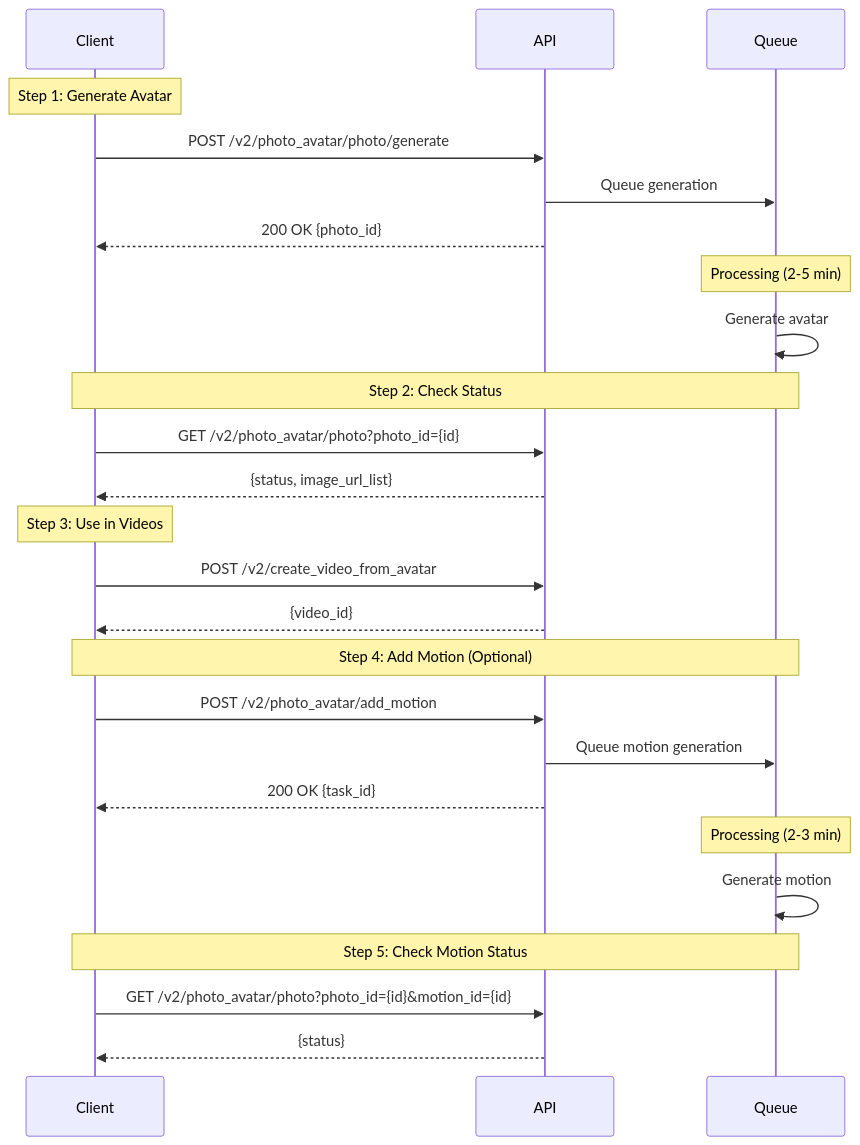
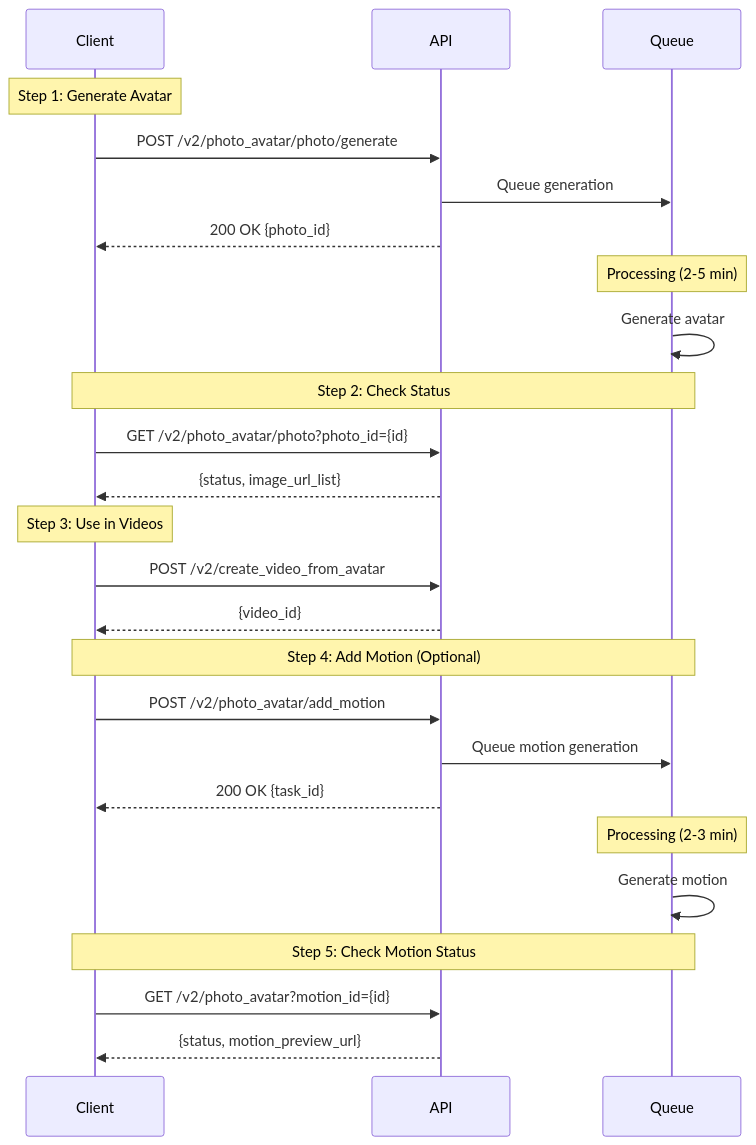
The diagram in api-reference/v2/API Documentation/CreatePhotoAvatar.mdx (JoggAI-Tech/docs), drawn with Mermaid before and after one commit. The commit also changed other lines of this file and 8 other files, not shown here.

````diff
--- a/api-reference/v2/API Documentation/CreatePhotoAvatar.mdx
+++ b/api-reference/v2/API Documentation/CreatePhotoAvatar.mdx
@@ -49,34 +51,34 @@
 ```mermaid
 sequenceDiagram
     participant Client
     participant API
     participant Queue
     
     Note over Client: Step 1: Generate Avatar
     Client->>API: POST /v2/photo_avatar/photo/generate
     API->>Queue: Queue generation
     API-->>Client: 200 OK {photo_id}
     
     Note over Queue: Processing (2-5 min)
     Queue->>Queue: Generate avatar
     
     Note over Client,Queue: Step 2: Check Status
     Client->>API: GET /v2/photo_avatar/photo?photo_id={id}
     API-->>Client: {status, image_url_list}
     
     Note over Client: Step 3: Use in Videos
     Client->>API: POST /v2/create_video_from_avatar
     API-->>Client: {video_id}
     
     Note over Client,Queue: Step 4: Add Motion (Optional)
     Client->>API: POST /v2/photo_avatar/add_motion
     API->>Queue: Queue motion generation
     API-->>Client: 200 OK {task_id}
     
     Note over Queue: Processing (2-3 min)
     Queue->>Queue: Generate motion
     
     Note over Client,Queue: Step 5: Check Motion Status
-    Client->>API: GET /v2/photo_avatar/photo?photo_id={id}&motion_id={id}
-    API-->>Client: {status}
+    Client->>API: GET /v2/photo_avatar?motion_id={id}
+    API-->>Client: {status, motion_preview_url}
 ```
````
